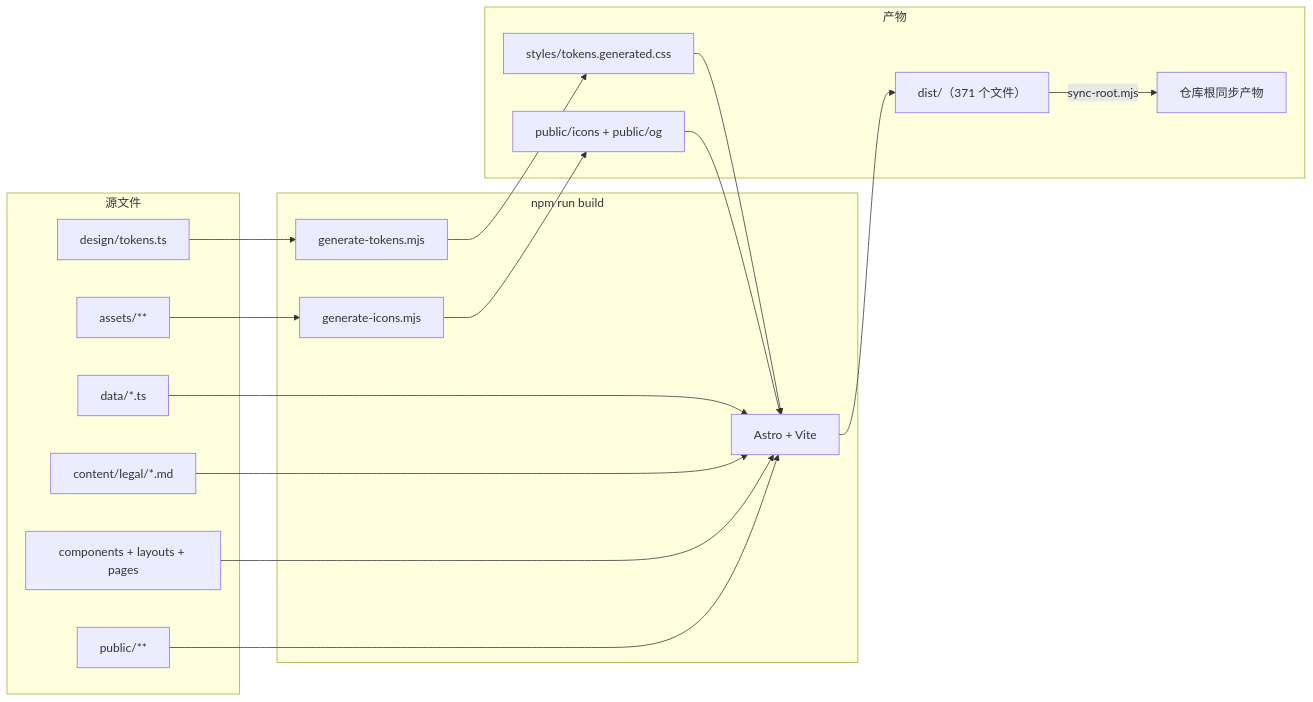
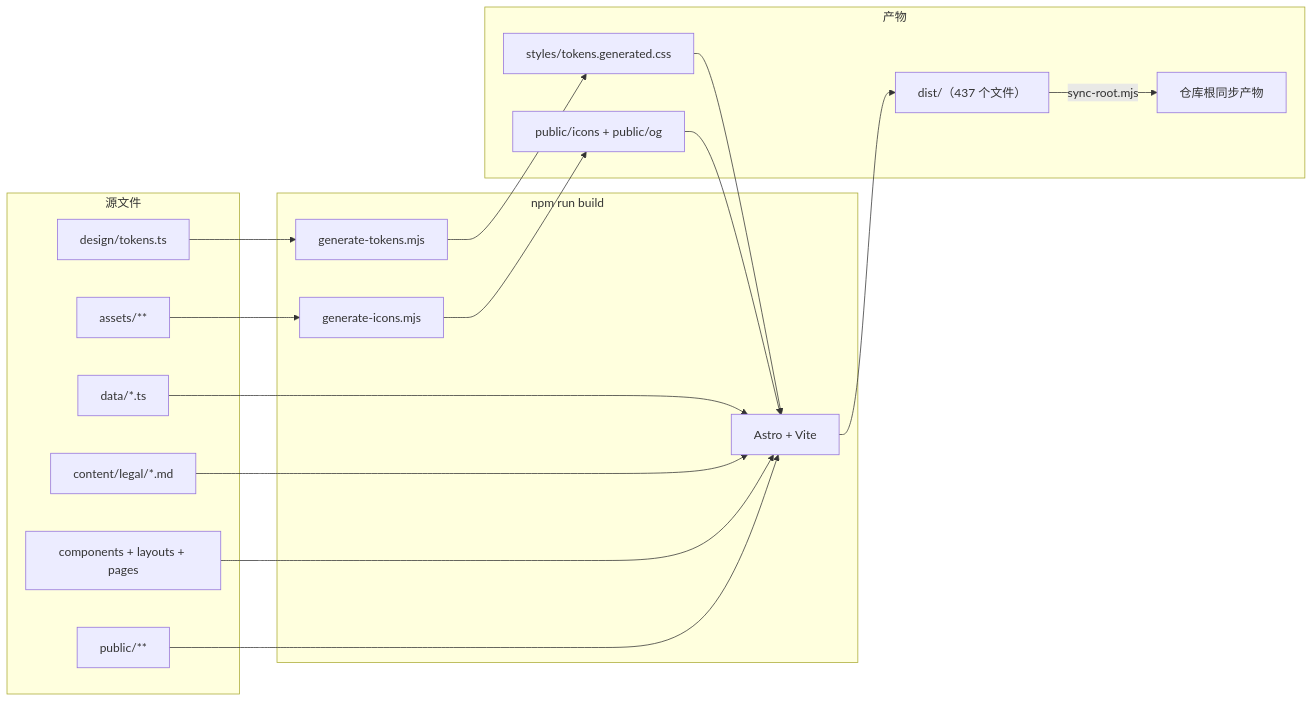
The diagram in wiki/01-architecture.md (kkkh/garden-website), drawn with Mermaid before and after one commit. The commit also changed other lines of this file and 17 other files, not shown here.

First line of the commit message:
docs: 记录移除手机壳与截图零裁切验收

````diff
--- a/wiki/01-architecture.md
+++ b/wiki/01-architecture.md
@@ -58,33 +58,33 @@
 ```mermaid
 flowchart LR
     subgraph Sources["源文件"]
         T["design/tokens.ts"]
         D["data/*.ts"]
         C["content/legal/*.md"]
         A["assets/**"]
         S["components + layouts + pages"]
         P["public/**"]
     end
 
     subgraph Build["npm run build"]
         GT["generate-tokens.mjs"]
         GI["generate-icons.mjs"]
         AC["Astro + Vite"]
     end
 
     subgraph Output["产物"]
         CSS["styles/tokens.generated.css"]
         ICONS["public/icons + public/og"]
-        DIST["dist/（371 个文件）"]
+        DIST["dist/（437 个文件）"]
         ROOT["仓库根同步产物"]
     end
 
     T --> GT --> CSS --> AC
     A --> GI --> ICONS --> AC
     D --> AC
     C --> AC
     S --> AC
     P --> AC
     AC --> DIST
     DIST -->|sync-root.mjs| ROOT
 ```
````
